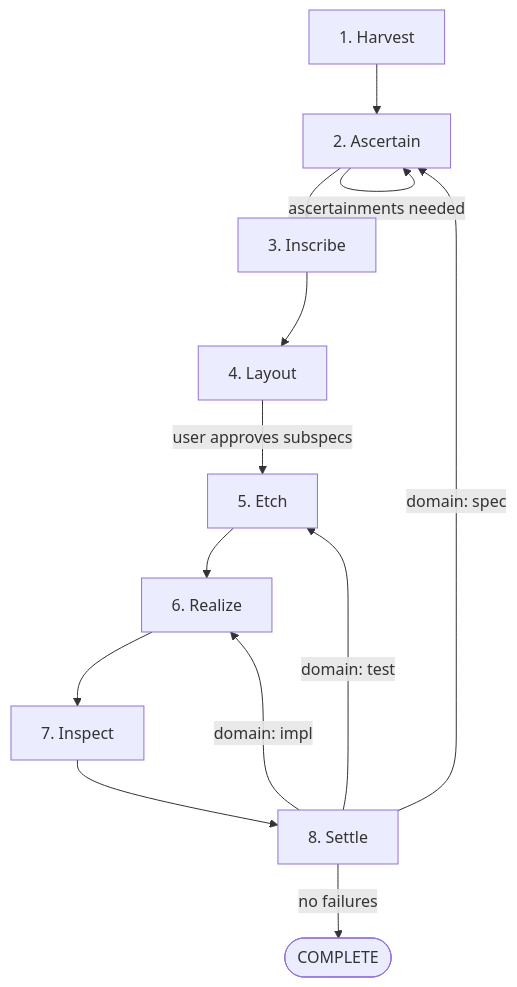
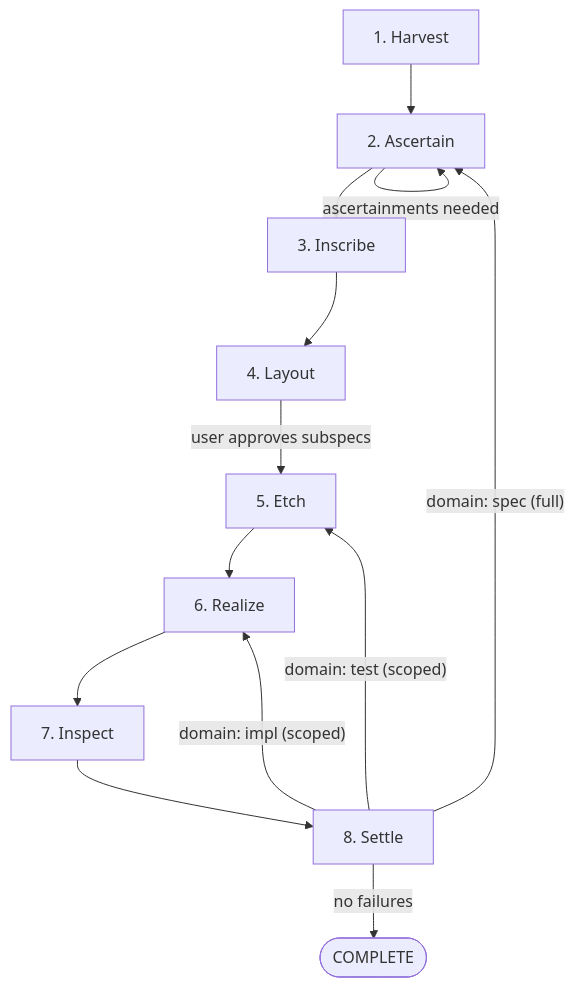
Before and after one commit to v0idbit/haileris: the first of 5 diagrams in docs/diagrams/diagrams.md, drawn with Mermaid. The commit also changed other lines of this file, not shown here.

Commit message:
docs: update diagrams for interface contracts and scoped re-runs

````diff
--- a/docs/diagrams/diagrams.md
+++ b/docs/diagrams/diagrams.md
@@ -5,24 +5,24 @@
 ```mermaid
 flowchart TD
     H[1. Harvest]
     A[2. Ascertain]
     I[3. Inscribe]
     L[4. Layout]
     E[5. Etch]
     R[6. Realize]
     IN[7. Inspect]
     S[8. Settle]
 
     H --> A
     A -->|ascertainments needed| A
     A --> I
     I --> L
     L -->|user approves subspecs| E
     E --> R
     R --> IN
     IN --> S
-    S -->|"domain: spec"| A
-    S -->|"domain: test"| E
-    S -->|"domain: impl"| R
+    S -->|"domain: spec (full)"| A
+    S -->|"domain: test (scoped)"| E
+    S -->|"domain: impl (scoped)"| R
     S -->|no failures| DONE([COMPLETE])
 ```
````
